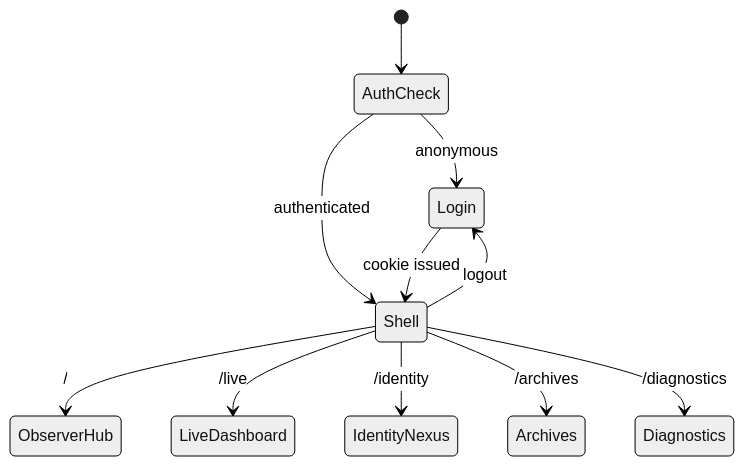
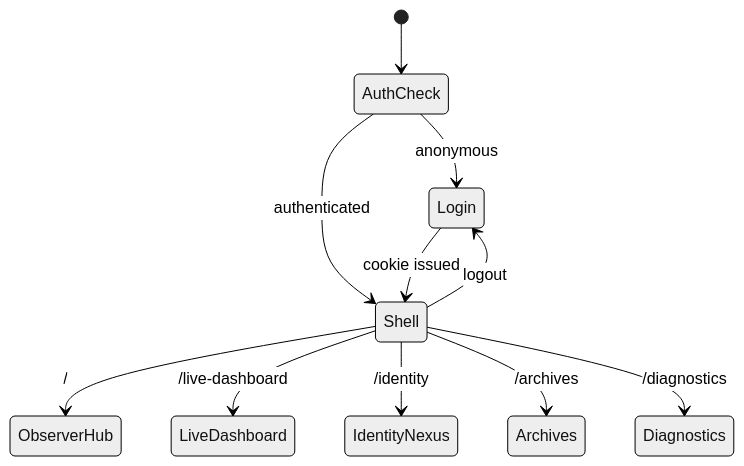
One commit to punkouter26/PoWatch changed the diagram in docs/UI_Screen_Matrix_simplified.mmd. Above: the diagram before and after it, drawn with Mermaid (neutral theme). The commit also changed 90 other files, not shown here.

```diff
--- a/docs/UI_Screen_Matrix_simplified.mmd
+++ b/docs/UI_Screen_Matrix_simplified.mmd
@@ -1,11 +1,11 @@
 stateDiagram-v2
     [*] --> AuthCheck
     AuthCheck --> Login: anonymous
     AuthCheck --> Shell: authenticated
     Login --> Shell: cookie issued
     Shell --> ObserverHub: /
-    Shell --> LiveDashboard: /live
+    Shell --> LiveDashboard: /live-dashboard
     Shell --> IdentityNexus: /identity
     Shell --> Archives: /archives
     Shell --> Diagnostics: /diagnostics
     Shell --> Login: logout
```
